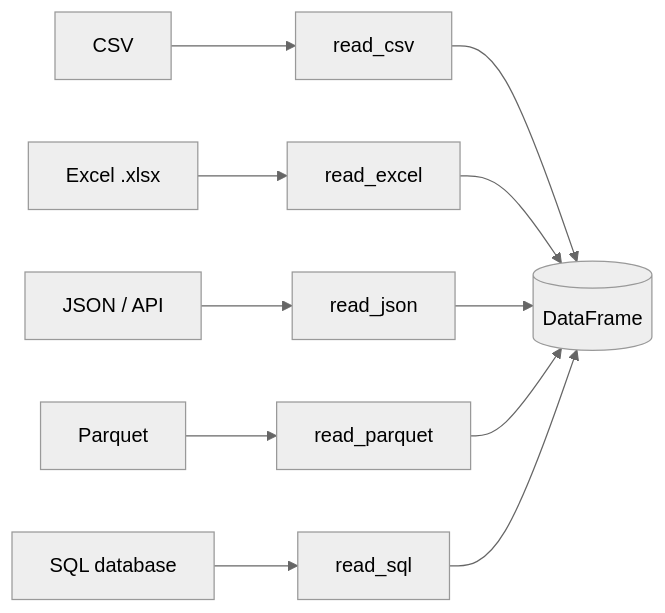
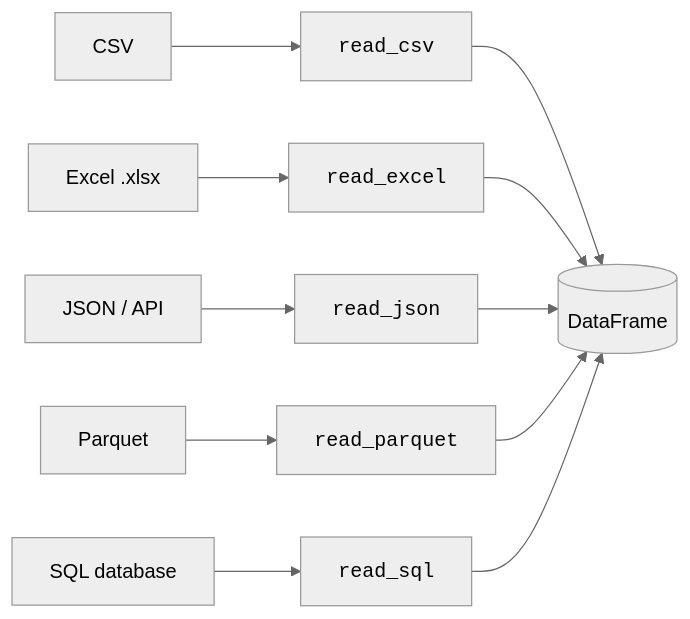
One commit to dataslope/dataslope changed the second of 2 diagrams in content/courses/data-analysis-python-pandas/deep-history-of-data.mdx. Above: the diagram before and after it, drawn with Mermaid (neutral theme). The commit also changed 65 other files, not shown here.

First line of the commit message:
Set code in every mermaid label in the mono face

````diff
--- a/content/courses/data-analysis-python-pandas/deep-history-of-data.mdx
+++ b/content/courses/data-analysis-python-pandas/deep-history-of-data.mdx
@@ -131,13 +131,13 @@
 ```mermaid
 flowchart LR
-    A["CSV"] --> P["read_csv"]
-    B["Excel .xlsx"] --> P2["read_excel"]
-    C["JSON / API"] --> P3["read_json"]
-    D["Parquet"] --> P4["read_parquet"]
-    E["SQL database"] --> P5["read_sql"]
+    A["CSV"] --> P["<code>read_csv</code>"]
+    B["Excel .xlsx"] --> P2["<code>read_excel</code>"]
+    C["JSON / API"] --> P3["<code>read_json</code>"]
+    D["Parquet"] --> P4["<code>read_parquet</code>"]
+    E["SQL database"] --> P5["<code>read_sql</code>"]
     P --> DF[("DataFrame")]
     P2 --> DF
     P3 --> DF
     P4 --> DF
     P5 --> DF
 ```
````
